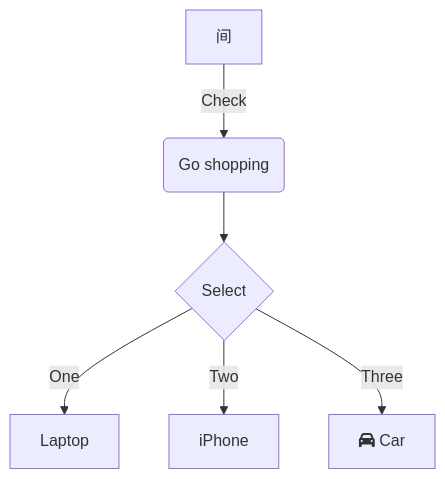
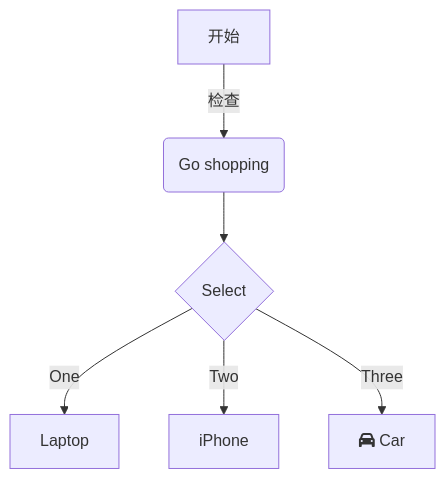
Before and after one commit to HaleyCoder/iodraw-files: the diagram in all/未命名.md, drawn with Mermaid.

Commit message:
2024-08-29 14:32:52 update

````diff
--- a/all/未命名.md
+++ b/all/未命名.md
@@ -1,9 +1,9 @@
 ```mermaid
 graph TD
-    A[间] -->|Check| B(Go shopping)
+    A[开始] -->|检查| B(Go shopping)
     B --> C{Select}
     C -->|One| D[Laptop]
     C -->|Two| E[iPhone]
     C -->|Three| F[fa:fa-car Car]
   
 ```
````
